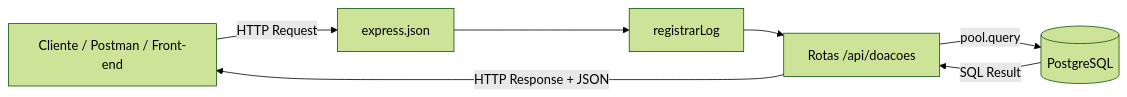
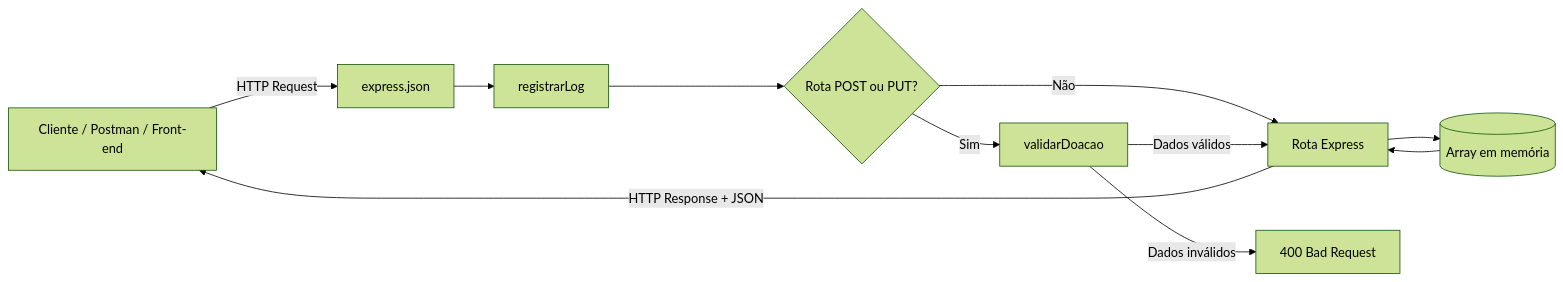
One commit to DaviAravechiaFMP/sistemaDeDoacoesBack changed the first of 2 diagrams in README.md. Above: the diagram before and after it, drawn with Mermaid (forest theme). The commit also changed other lines of this file and 1813 other files, not shown here.

````diff
--- a/README.md
+++ b/README.md
@@ -90,9 +102,13 @@
 ```mermaid
 flowchart LR
     A[Cliente / Postman / Front-end] -->|HTTP Request| B[express.json]
     B --> C[registrarLog]
-    C --> D[Rotas /api/doacoes]
-    D -->|pool.query| E[(PostgreSQL)]
-    E -->|SQL Result| D
-    D -->|HTTP Response + JSON| A
+    C --> D{Rota POST ou PUT?}
+    D -->|Sim| E[validarDoacao]
+    D -->|Não| F[Rota Express]
+    E -->|Dados válidos| F
+    E -->|Dados inválidos| X[400 Bad Request]
+    F --> G[(Array em memória)]
+    G --> F
+    F -->|HTTP Response + JSON| A
 ```
````
